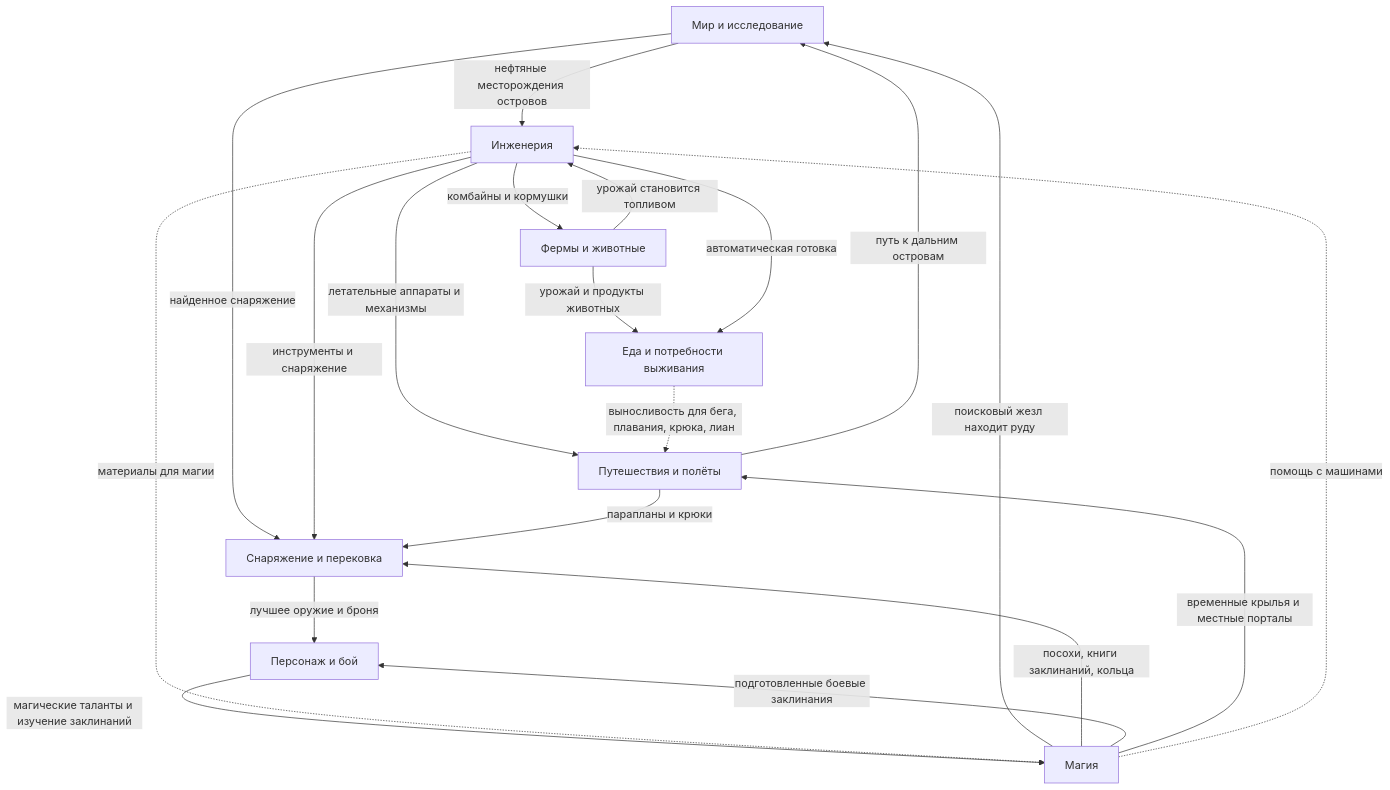
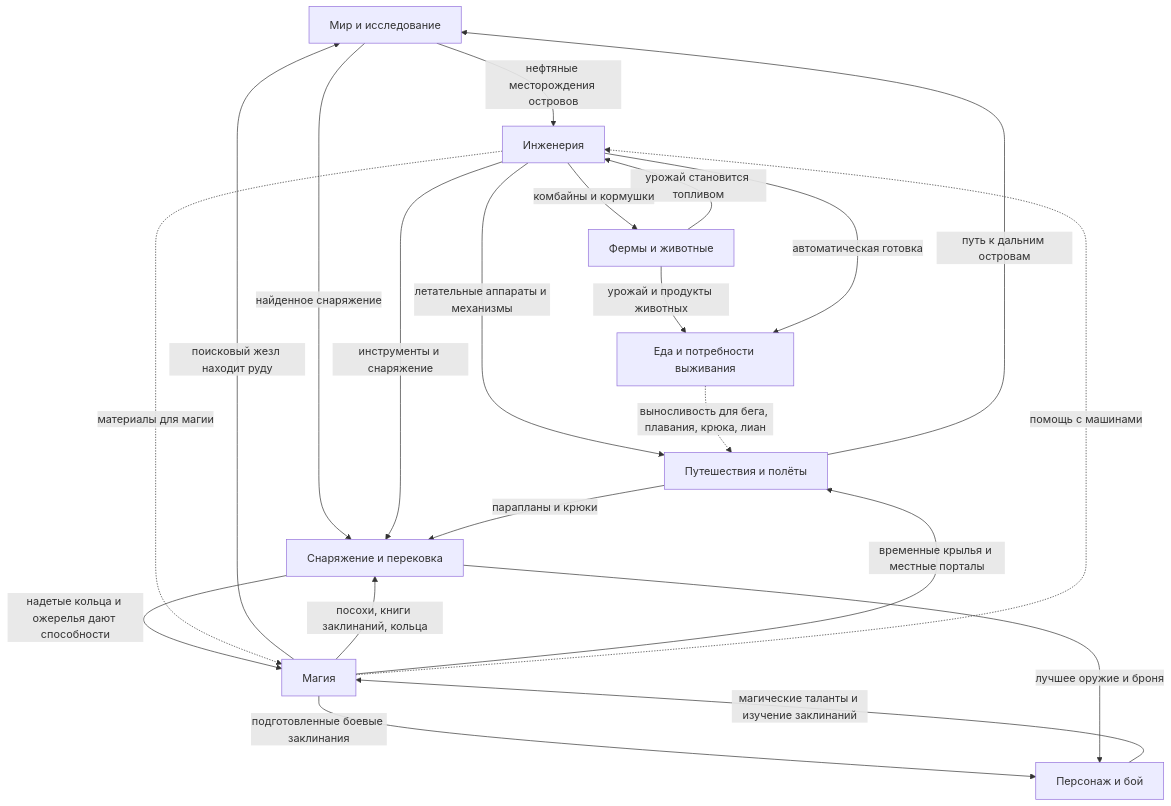
One commit to ALittleMoron/aeroscapes-reimagine changed the first of 2 diagrams in docs/ru/experience/systems.md. Above: the diagram before and after it, drawn with Mermaid. The commit also changed 86 other files, not shown here.

````diff
--- a/docs/ru/experience/systems.md
+++ b/docs/ru/experience/systems.md
@@ -11,32 +11,33 @@
 ```mermaid
 flowchart TB
   world["Мир и исследование"]
   travel["Путешествия и полёты"]
   eng["Инженерия"]
   farm["Фермы и животные"]
   food["Еда и потребности выживания"]
   magic["Магия"]
   equip["Снаряжение и перековка"]
   char["Персонаж и бой"]
 
   farm -->|"урожай становится топливом"| eng
   world -->|"нефтяные месторождения островов"| eng
   eng -->|"летательные аппараты и механизмы"| travel
   eng -->|"комбайны и кормушки"| farm
   farm -->|"урожай и продукты животных"| food
   eng -->|"автоматическая готовка"| food
   magic -->|"поисковый жезл находит руду"| world
   travel -->|"путь к дальним островам"| world
   world -->|"найденное снаряжение"| equip
   eng -->|"инструменты и снаряжение"| equip
   magic -->|"посохи, книги заклинаний, кольца"| equip
+  equip -->|"надетые кольца и ожерелья дают способности"| magic
   magic -->|"подготовленные боевые заклинания"| char
   char -->|"магические таланты и изучение заклинаний"| magic
   magic -->|"временные крылья и местные порталы"| travel
   travel -->|"парапланы и крюки"| equip
   equip -->|"лучшее оружие и броня"| char
 
   food -.->|"выносливость для бега, плавания, крюка, лиан"| travel
   magic -.->|"помощь с машинами"| eng
   eng -.->|"материалы для магии"| magic
 ```
````
